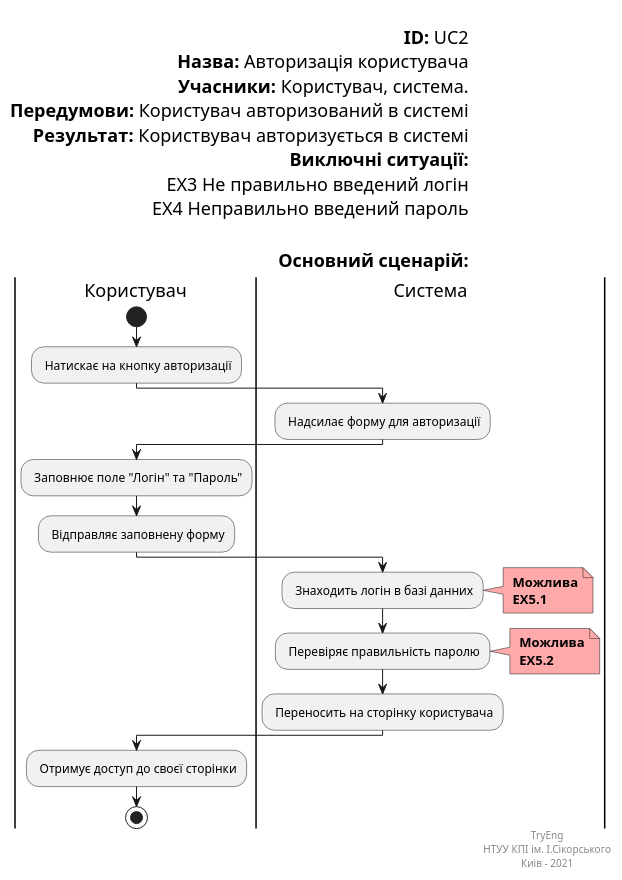
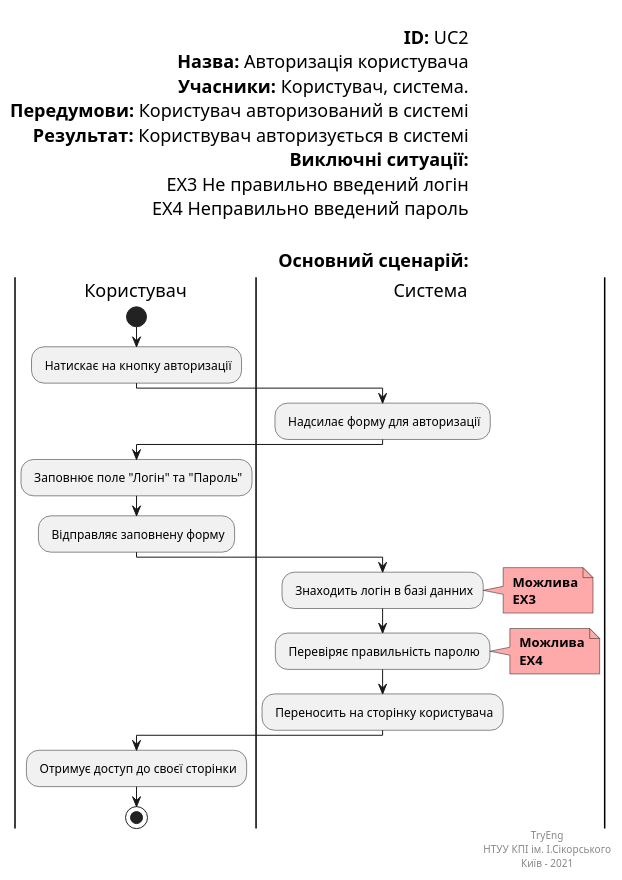
Before and after one commit to Oleh-Khomenko/Tryeng: the diagram in docs/use cases/Authorization.puml, drawn with PlantUML.

```diff
--- a/docs/use cases/Authorization.puml
+++ b/docs/use cases/Authorization.puml
@@ -1,57 +1,57 @@
 @startuml
 left header
 
         <font color=000 size=18><b>ID:</b> UC2
         <font color=000 size=18><b>Назва:</b> Авторизація користувача
         <font color=000 size=18><b>Учасники:</b> Користувач, система.
         <font color=000 size=18><b>Передумови:</b> Користувач авторизований в системі
         <font color=000 size=18><b>Результат:</b> Користвувач авторизується в системі
         <font color=000 size=18><b>Виключні ситуації:</b>
         <font color=000 size=18> EX3 Не правильно введений логін
         <font color=000 size=18> EX4 Неправильно введений пароль
 
 
         <font color=000 size=18><b>Основний сценарій:</b>
     end header
 
     |Користувач|
         start
         
         : Натискає на кнопку авторизації;
         
     |Система|
         
         : Надсилає форму для авторизації;
 
     |Користувач|
     
         : Заповнює поле "Логін" та "Пароль";
         : Відправляє заповнену форму;
         
     |Система|
     
         : Знаходить логін в базі данних;
          note right #ffaaaa
         <b> Можлива
-        <b> EX5.1
+        <b> EX3
         end note
         
         : Перевіряє правильність паролю; 
         note right #ffaaaa
         <b> Можлива
-        <b> EX5.2
+        <b> EX4
         end note
         
         : Переносить на сторінку користувача;
     
     |Користувач|
         
         : Отримує доступ до своєї сторінки;
         stop;
     
 right footer
 TryEng
 НТУУ КПІ ім. І.Сікорського
-Киів - 2021
+Київ - 2021
 end footer
 @enduml
```
